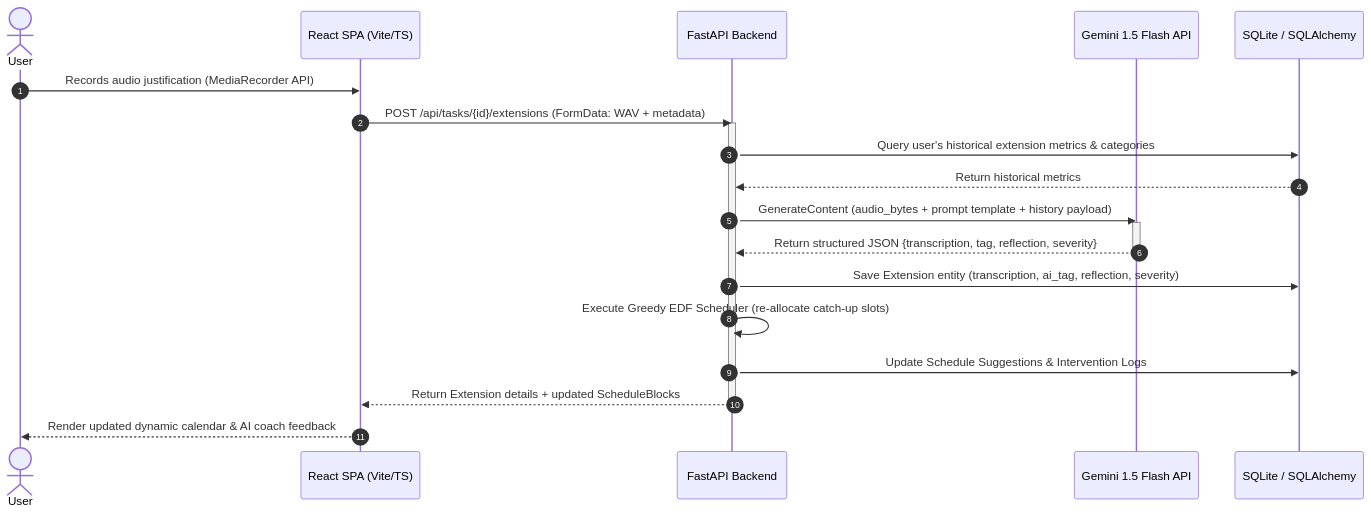
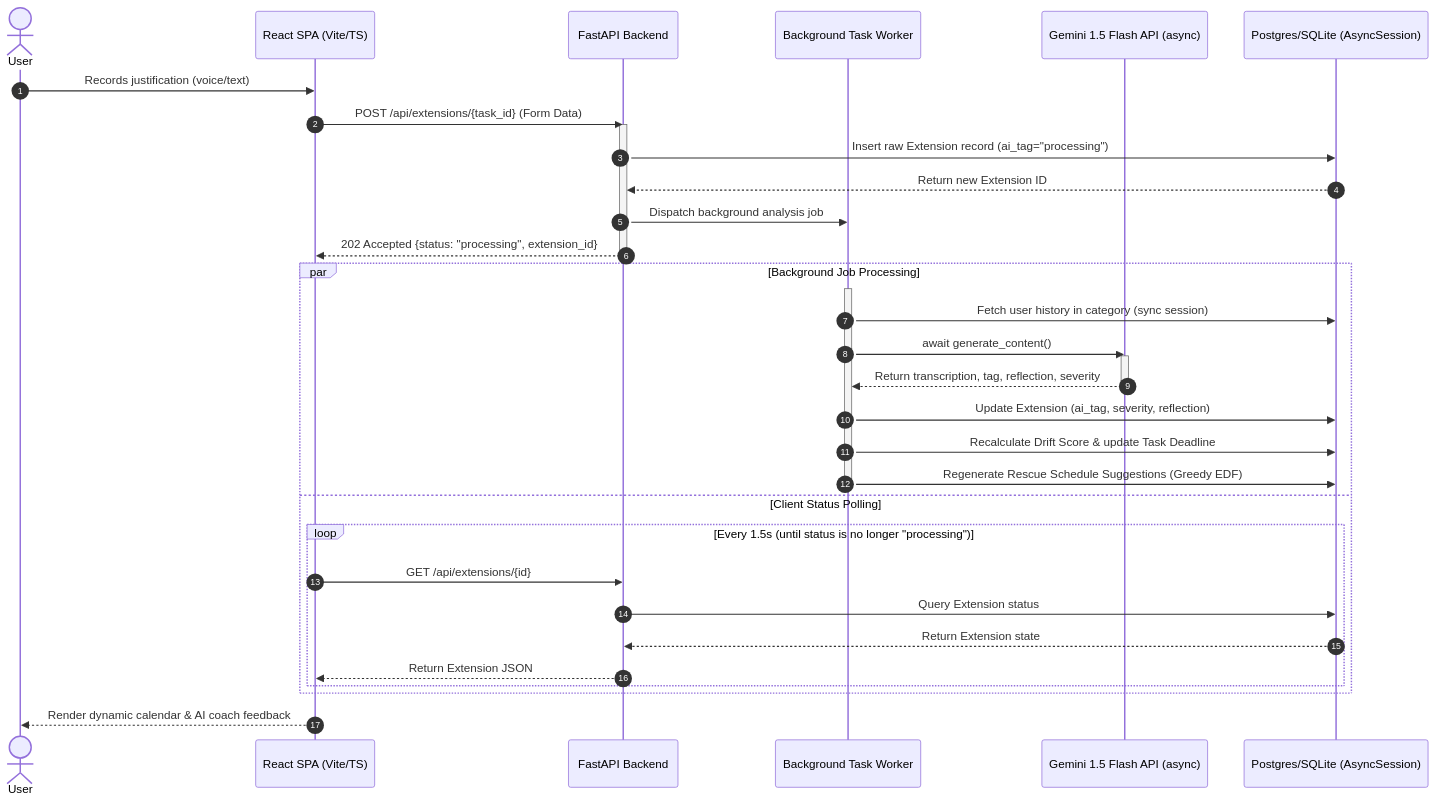
One commit to NavniMahendroo/Vibe2Ship changed the diagram in README.md. Above: the diagram before and after it, drawn with Mermaid. The commit also changed other lines of this file and 23 other files, not shown here.

````diff
--- a/README.md
+++ b/README.md
@@ -20,25 +20,41 @@
 ```mermaid
 sequenceDiagram
     autonumber
     actor User
     participant Frontend as React SPA (Vite/TS)
     participant API as FastAPI Backend
-    participant Gemini as Gemini 1.5 Flash API
-    participant DB as SQLite / SQLAlchemy
+    participant Worker as Background Task Worker
+    participant Gemini as Gemini 1.5 Flash API (async)
+    participant DB as Postgres/SQLite (AsyncSession)
     
-    User->>Frontend: Records audio justification (MediaRecorder API)
-    Frontend->>API: POST /api/tasks/{id}/extensions (FormData: WAV + metadata)
+    User->>Frontend: Records justification (voice/text)
+    Frontend->>API: POST /api/extensions/{task_id} (Form Data)
     activate API
-    API->>DB: Query user's historical extension metrics & categories
-    DB-->>API: Return historical metrics
-    API->>Gemini: GenerateContent (audio_bytes + prompt template + history payload)
-    activate Gemini
-    Gemini-->>API: Return structured JSON {transcription, tag, reflection, severity}
-    deactivate Gemini
-    API->>DB: Save Extension entity (transcription, ai_tag, reflection, severity)
-    API->>API: Execute Greedy EDF Scheduler (re-allocate catch-up slots)
-    API->>DB: Update Schedule Suggestions & Intervention Logs
-    API-->>Frontend: Return Extension details + updated ScheduleBlocks
+    API->>DB: Insert raw Extension record (ai_tag="processing")
+    DB-->>API: Return new Extension ID
+    API->>Worker: Dispatch background analysis job
+    API-->>Frontend: 202 Accepted {status: "processing", extension_id}
     deactivate API
-    Frontend-->>User: Render updated dynamic calendar & AI coach feedback
+    
+    par Background Job Processing
+        activate Worker
+        Worker->>DB: Fetch user history in category (sync session)
+        Worker->>Gemini: await generate_content()
+        activate Gemini
+        Gemini-->>Worker: Return transcription, tag, reflection, severity
+        deactivate Gemini
+        Worker->>DB: Update Extension (ai_tag, severity, reflection)
+        Worker->>DB: Recalculate Drift Score & update Task Deadline
+        Worker->>DB: Regenerate Rescue Schedule Suggestions (Greedy EDF)
+        deactivate Worker
+    and Client Status Polling
+        loop Every 1.5s (until status is no longer "processing")
+            Frontend->>API: GET /api/extensions/{id}
+            API->>DB: Query Extension status
+            DB-->>API: Return Extension state
+            API-->>Frontend: Return Extension JSON
+        end
+    end
+    
+    Frontend-->>User: Render dynamic calendar & AI coach feedback
 ```
````
